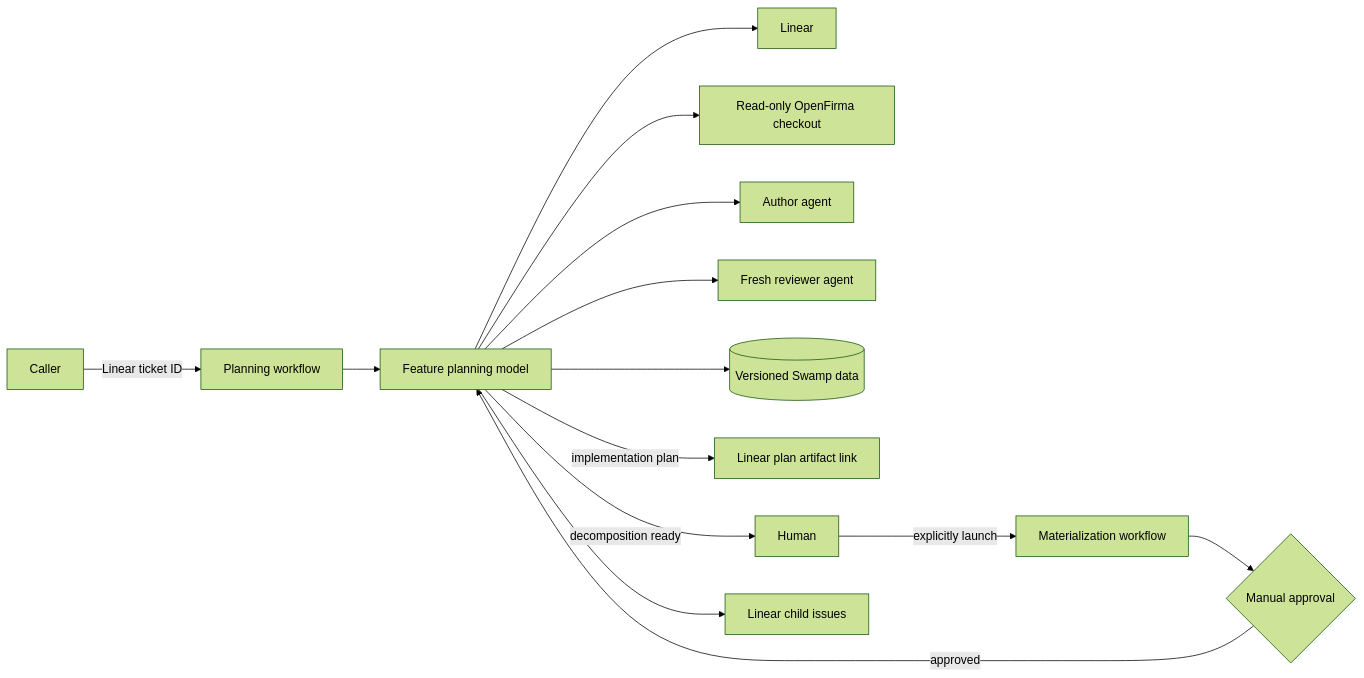
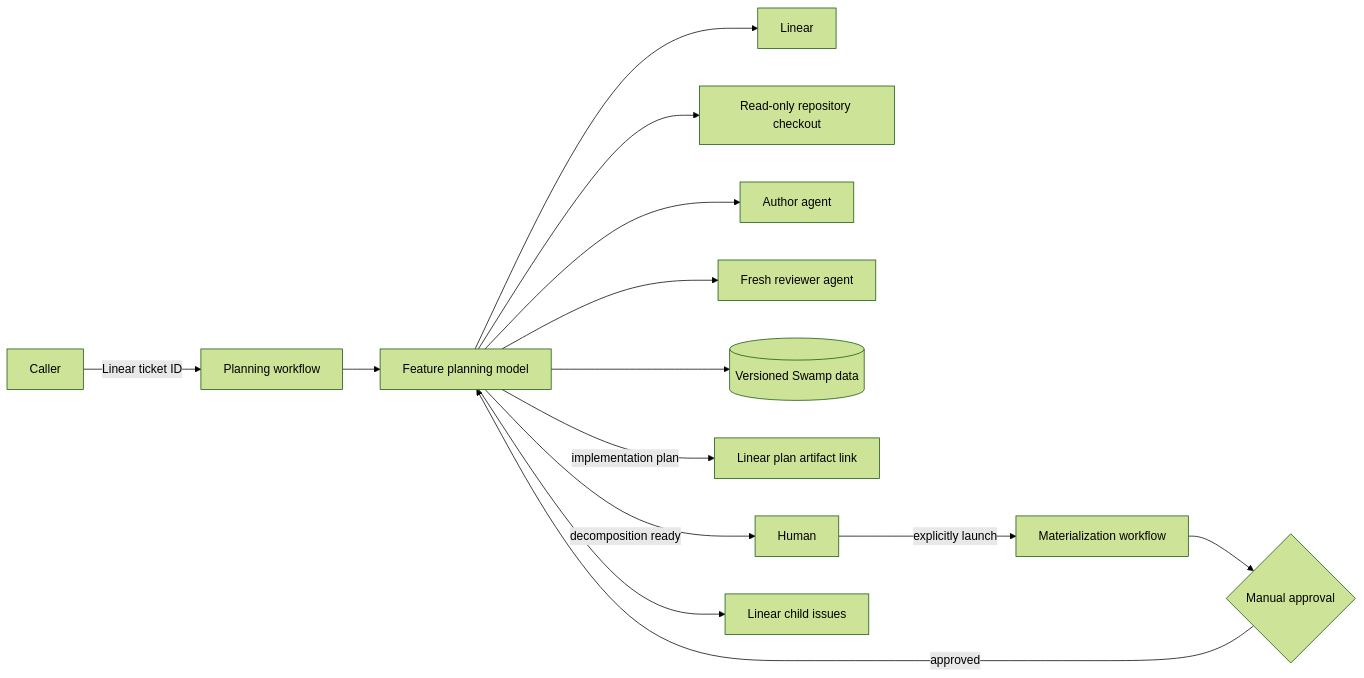
The first of 2 diagrams in FEATURE_PLANNING_WORKFLOW.md (Firma-AI/openfirma), drawn with Mermaid (forest theme) before and after one commit. The commit also changed other lines of this file and 11 other files, not shown here.

Commit message:
feat(planning): freeze repository prompt policy

````diff
--- a/FEATURE_PLANNING_WORKFLOW.md
+++ b/FEATURE_PLANNING_WORKFLOW.md
@@ -77,17 +77,17 @@
 ```mermaid
 flowchart LR
     Caller[Caller] -->|Linear ticket ID| PlanningWorkflow[Planning workflow]
     PlanningWorkflow --> PlanningModel[Feature planning model]
     PlanningModel --> Linear[Linear]
-    PlanningModel --> Repo[Read-only OpenFirma checkout]
+    PlanningModel --> Repo[Read-only repository checkout]
     PlanningModel --> Author[Author agent]
     PlanningModel --> Reviewer[Fresh reviewer agent]
     PlanningModel --> Data[(Versioned Swamp data)]
 
     PlanningModel -->|implementation plan| Plan[Linear plan artifact link]
     PlanningModel -->|decomposition ready| Human[Human]
     Human -->|explicitly launch| MaterializationWorkflow[Materialization workflow]
     MaterializationWorkflow --> Gate{Manual approval}
     Gate -->|approved| PlanningModel
     PlanningModel --> Children[Linear child issues]
 ```
````
